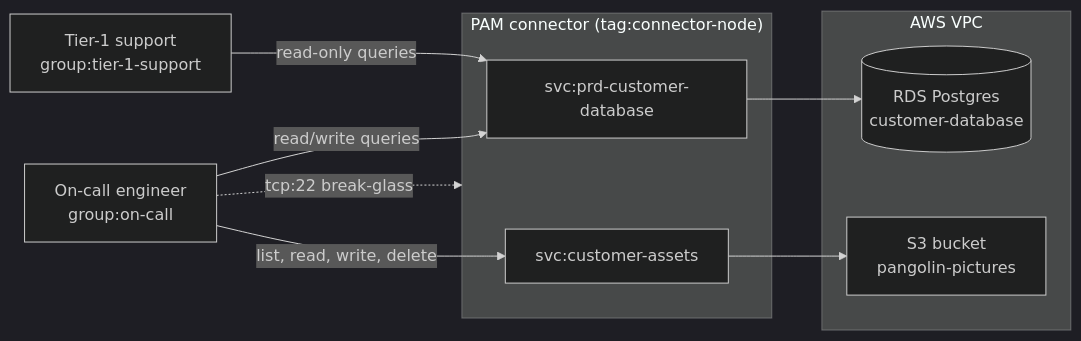
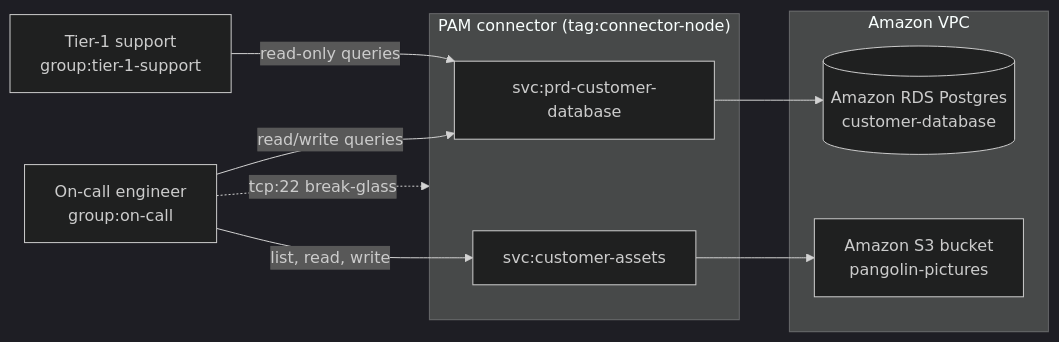
The diagram in 01-aws/README.md (tailscale-dev/pam-recipes), drawn with Mermaid (dark theme) before and after one commit. The commit also changed other lines of this file and 8 other files, not shown here.

````diff
--- a/01-aws/README.md
+++ b/01-aws/README.md
@@ -15,23 +17,23 @@
 ```mermaid
 flowchart LR
     t1["Tier-1 support<br/>group:tier-1-support"]
     oncall["On-call engineer<br/>group:on-call"]
 
     subgraph connector["PAM connector (tag:connector-node)"]
         svc1["svc:prd-customer-database"]
         svc2["svc:customer-assets"]
     end
 
-    subgraph vpc["AWS VPC"]
-        rds[("RDS Postgres<br/>customer-database")]
-        s3["S3 bucket<br/>pangolin-pictures"]
+    subgraph vpc["Amazon VPC"]
+        rds[("Amazon RDS Postgres<br/>customer-database")]
+        s3["Amazon S3 bucket<br/>pangolin-pictures"]
     end
 
     t1 -->|"read-only queries"| svc1
     oncall -->|"read/write queries"| svc1
-    oncall -->|"list, read, write, delete"| svc2
+    oncall -->|"list, read, write"| svc2
     oncall -.->|"tcp:22 break-glass"| connector
 
     svc1 --> rds
     svc2 --> s3
 ```
````
